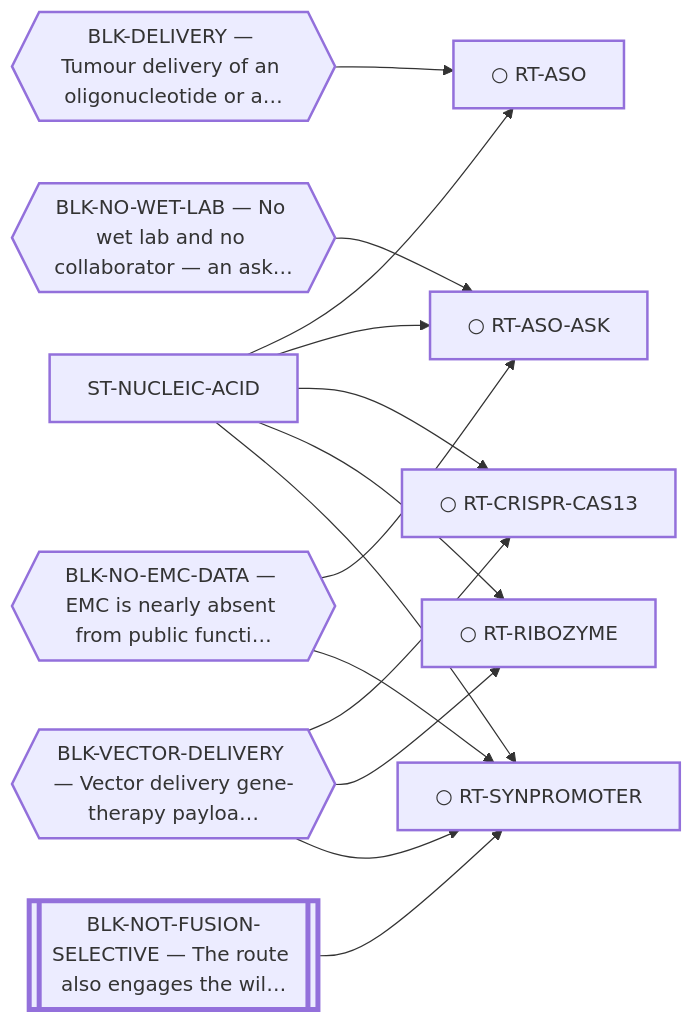
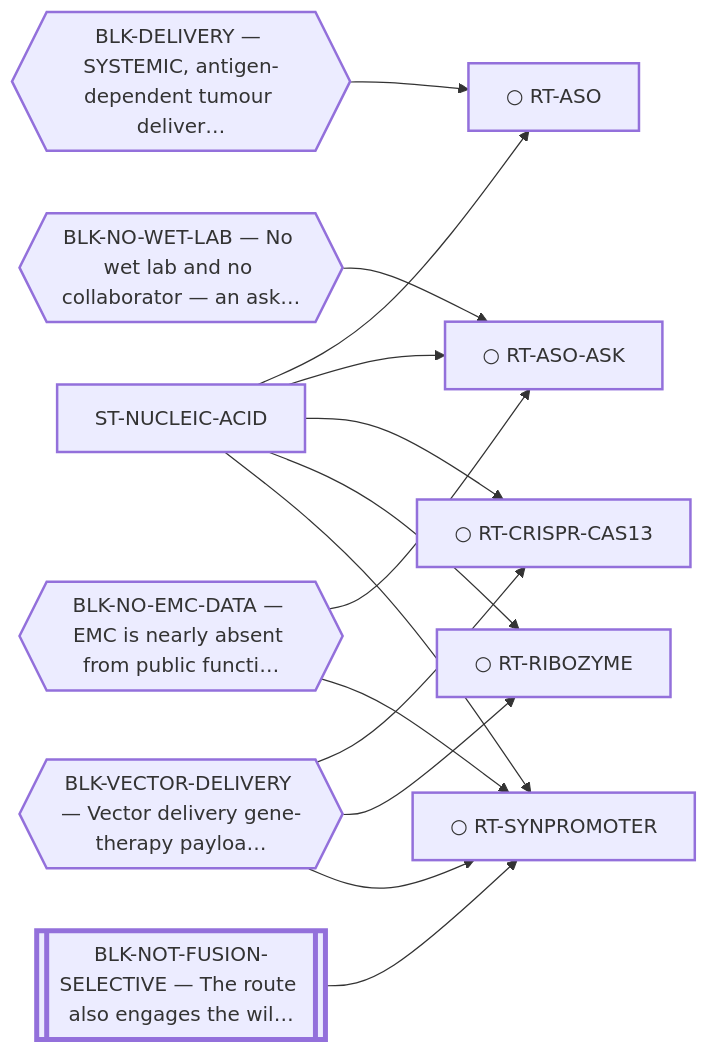
Before and after one commit to trimcrae/Rare-cancers: the diagram in systems/views/L1-st-nucleic-acid.md, drawn with Mermaid. The commit also changed other lines of this file and 21 other files, not shown here.

````diff
--- a/systems/views/L1-st-nucleic-acid.md
+++ b/systems/views/L1-st-nucleic-acid.md
@@ -35,32 +35,32 @@
 ```mermaid
 flowchart LR
   ST_NUCLEIC_ACID["ST-NUCLEIC-ACID"]:::fam
   RT_ASO["○ RT-ASO"]:::fam
   ST_NUCLEIC_ACID --> RT_ASO
   RT_ASO_ASK["○ RT-ASO-ASK"]:::fam
   ST_NUCLEIC_ACID --> RT_ASO_ASK
   RT_CRISPR_CAS13["○ RT-CRISPR-CAS13"]:::fam
   ST_NUCLEIC_ACID --> RT_CRISPR_CAS13
   RT_RIBOZYME["○ RT-RIBOZYME"]:::fam
   ST_NUCLEIC_ACID --> RT_RIBOZYME
   RT_SYNPROMOTER["○ RT-SYNPROMOTER"]:::fam
   ST_NUCLEIC_ACID --> RT_SYNPROMOTER
 
-  BLK_DELIVERY{{"BLK-DELIVERY — Tumour delivery of an oligonucleotide or a…"}}:::blk
+  BLK_DELIVERY{{"BLK-DELIVERY — SYSTEMIC, antigen-dependent tumour deliver…"}}:::blk
   BLK_DELIVERY --> RT_ASO
   BLK_NO_EMC_DATA{{"BLK-NO-EMC-DATA — EMC is nearly absent from public functi…"}}:::blk
   BLK_NO_EMC_DATA --> RT_ASO_ASK
   BLK_NO_EMC_DATA --> RT_SYNPROMOTER
   BLK_NO_WET_LAB{{"BLK-NO-WET-LAB — No wet lab and no collaborator — an ask…"}}:::blk
   BLK_NO_WET_LAB --> RT_ASO_ASK
   BLK_NOT_FUSION_SELECTIVE[["BLK-NOT-FUSION-SELECTIVE — The route also engages the wil…"]]:::perm
   BLK_NOT_FUSION_SELECTIVE --> RT_SYNPROMOTER
   BLK_VECTOR_DELIVERY{{"BLK-VECTOR-DELIVERY — Vector delivery gene-therapy payloa…"}}:::blk
   BLK_VECTOR_DELIVERY --> RT_CRISPR_CAS13
   BLK_VECTOR_DELIVERY --> RT_RIBOZYME
   BLK_VECTOR_DELIVERY --> RT_SYNPROMOTER
   classDef fam stroke-width:2px;
   classDef blk stroke-width:2px;
   classDef perm stroke-width:4px;
   classDef tech stroke-width:1px,stroke-dasharray:4 3;
 ```
````
